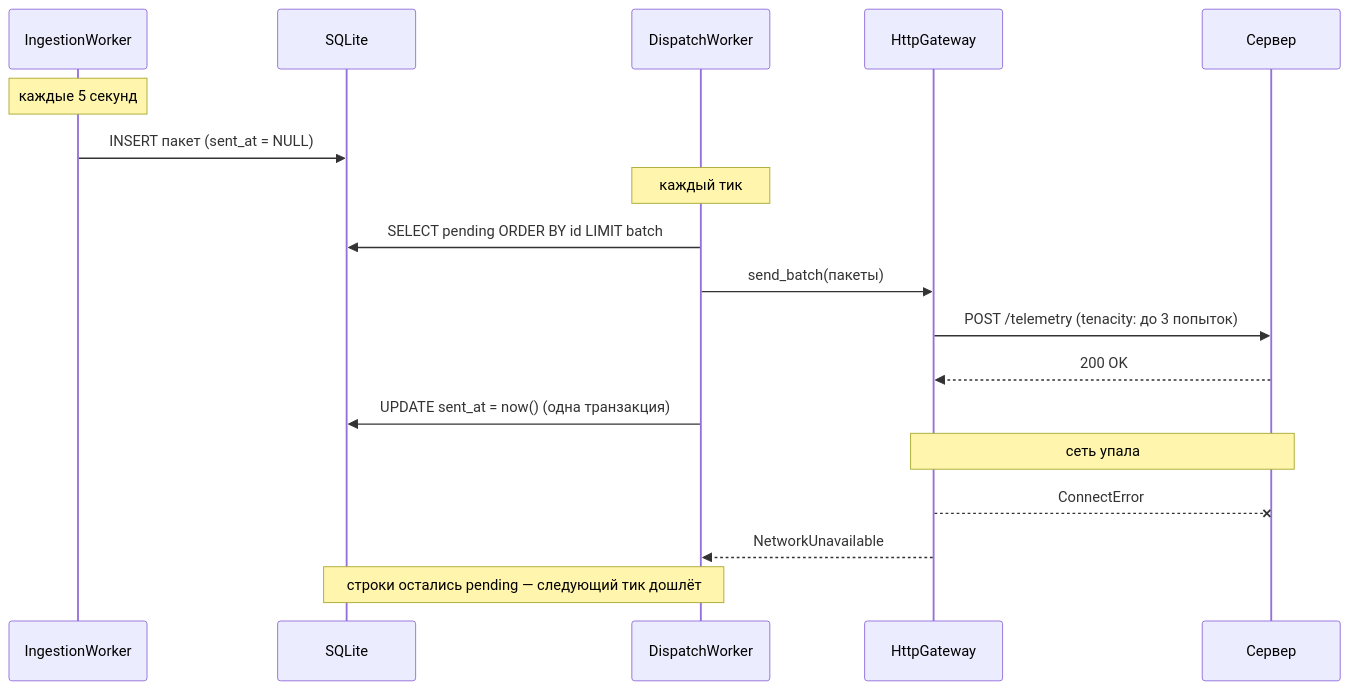
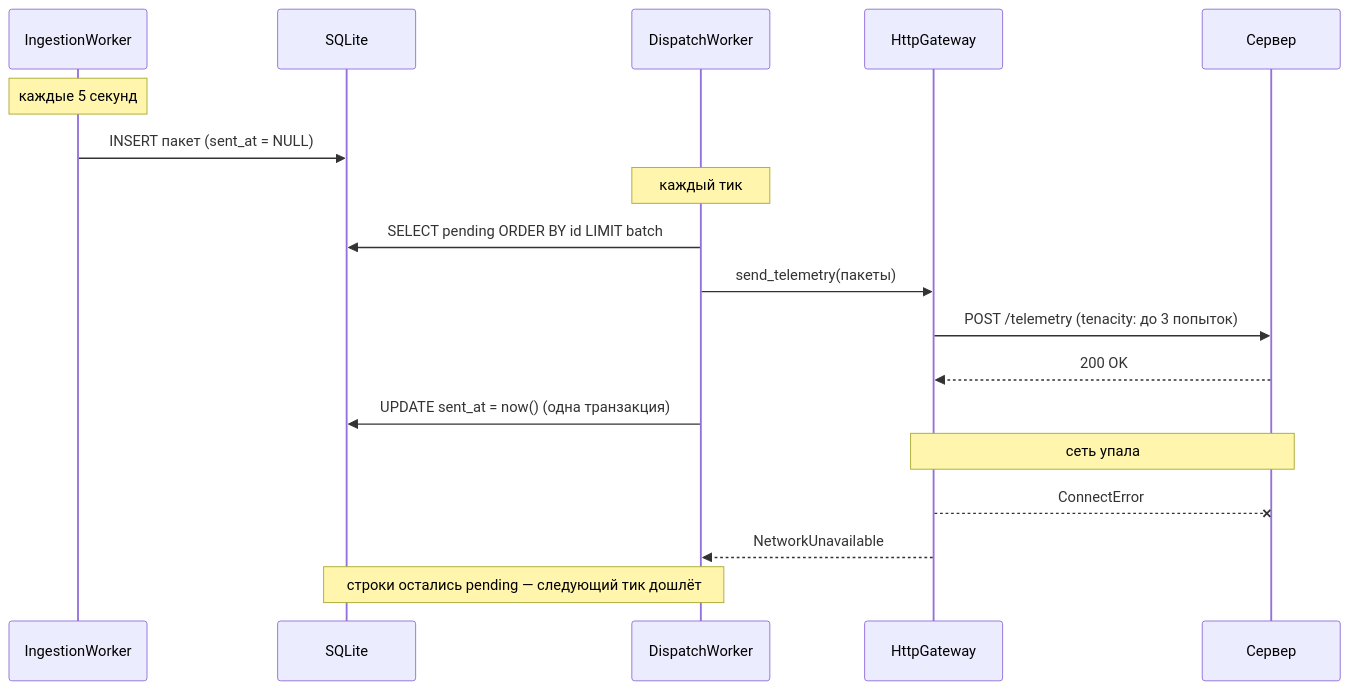
One commit to Korasystems24/EdgePC changed the third of 4 diagrams in docs/architecture.md. Above: the diagram before and after it, drawn with Mermaid. The commit also changed other lines of this file and 64 other files, not shown here.

````diff
--- a/docs/architecture.md
+++ b/docs/architecture.md
@@ -269,23 +275,23 @@
 ```mermaid
 sequenceDiagram
     participant IW as IngestionWorker
     participant DB as SQLite
     participant DW as DispatchWorker
     participant GW as HttpGateway
     participant SRV as Сервер
 
     Note over IW: каждые 5 секунд
     IW->>DB: INSERT пакет (sent_at = NULL)
 
     Note over DW: каждый тик
     DW->>DB: SELECT pending ORDER BY id LIMIT batch
-    DW->>GW: send_batch(пакеты)
+    DW->>GW: send_telemetry(пакеты)
     GW->>SRV: POST /telemetry (tenacity: до 3 попыток)
     SRV-->>GW: 200 OK
     DW->>DB: UPDATE sent_at = now() (одна транзакция)
 
     Note over GW,SRV: сеть упала
     GW--xSRV: ConnectError
     GW-->>DW: NetworkUnavailable
     Note over DW,DB: строки остались pending — следующий тик дошлёт
 ```
````
